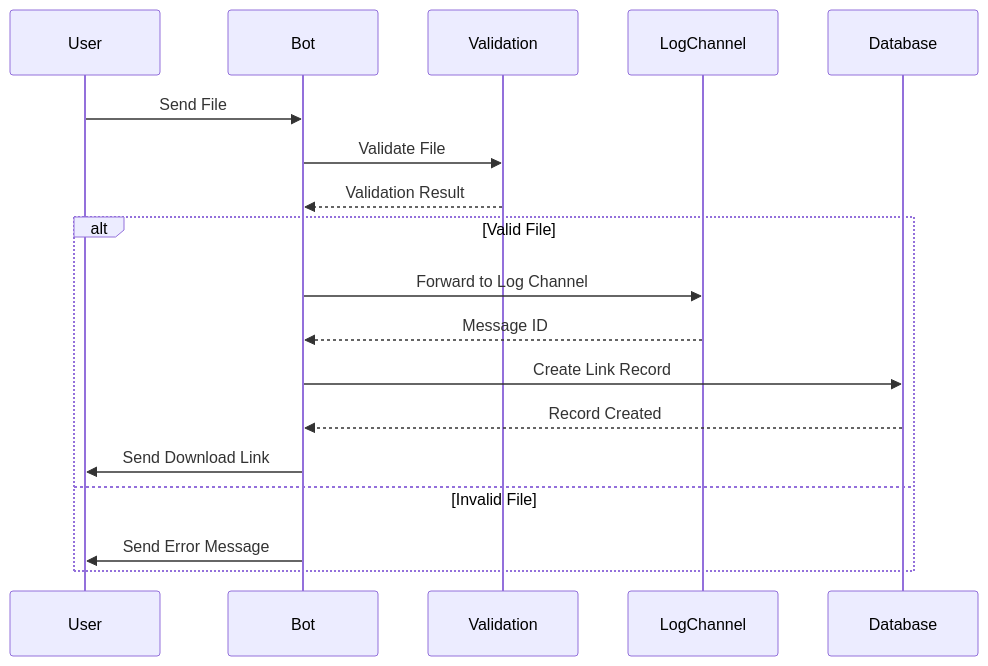
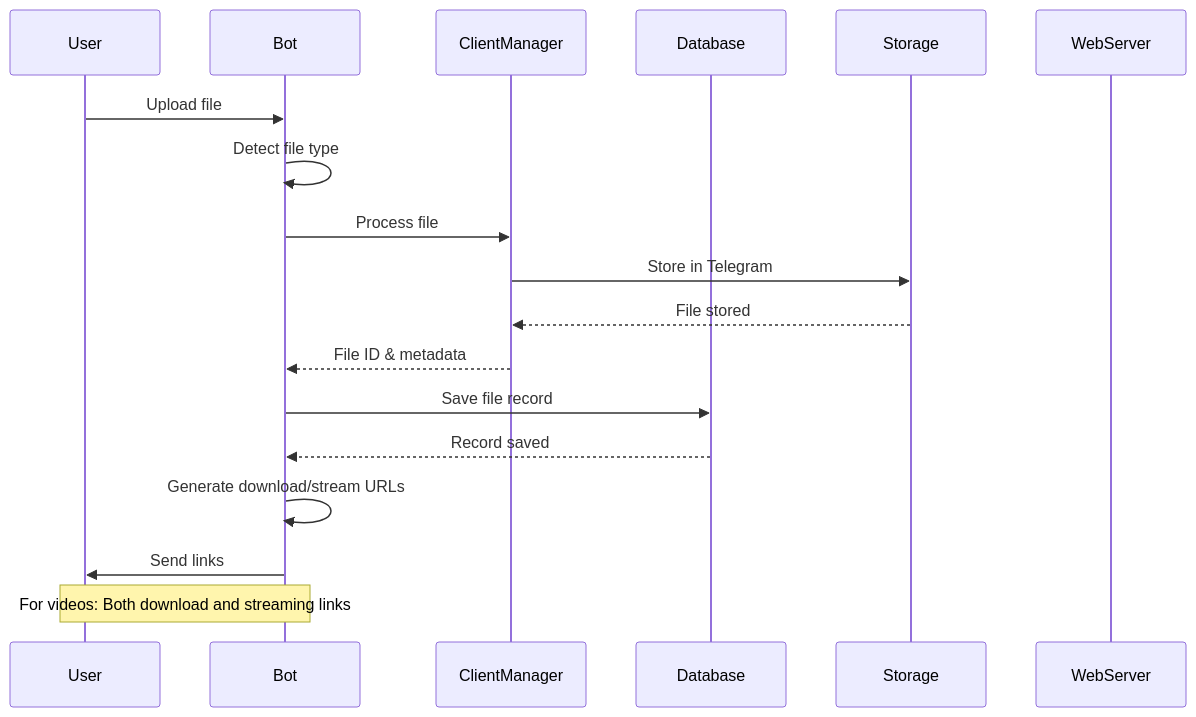
Before and after one commit to AnikethJana/Telegram-Download-Link-Generator: the second of 4 diagrams in docs/developer-guide/architecture.md, drawn with Mermaid. The commit also changed other lines of this file and 20 other files, not shown here.

````diff
--- a/docs/developer-guide/architecture.md
+++ b/docs/developer-guide/architecture.md
@@ -93,22 +322,22 @@
 ```mermaid
 sequenceDiagram
     participant User
     participant Bot
-    participant Validation
-    participant LogChannel
+    participant ClientManager
     participant Database
+    participant Storage
+    participant WebServer
     
-    User->>Bot: Send File
-    Bot->>Validation: Validate File
-    Validation-->>Bot: Validation Result
+    User->>Bot: Upload file
+    Bot->>Bot: Detect file type
+    Bot->>ClientManager: Process file
+    ClientManager->>Storage: Store in Telegram
+    Storage-->>ClientManager: File stored
+    ClientManager-->>Bot: File ID & metadata
+    Bot->>Database: Save file record
+    Database-->>Bot: Record saved
+    Bot->>Bot: Generate download/stream URLs
+    Bot->>User: Send links
     
-    alt Valid File
-        Bot->>LogChannel: Forward to Log Channel
-        LogChannel-->>Bot: Message ID
-        Bot->>Database: Create Link Record
-        Database-->>Bot: Record Created
-        Bot->>User: Send Download Link
-    else Invalid File
-        Bot->>User: Send Error Message
-    end
+    Note over Bot,User: For videos: Both download and streaming links
 ```
````
